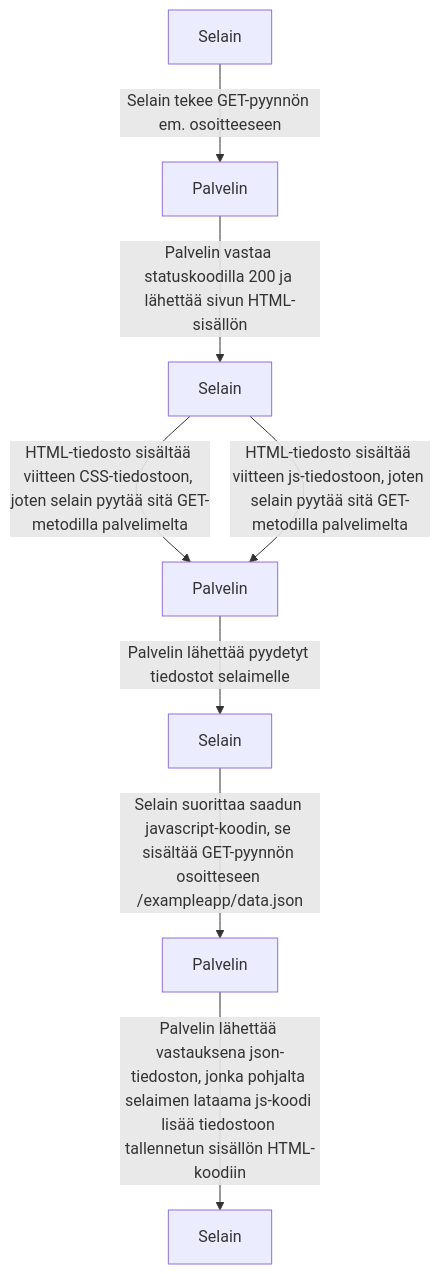
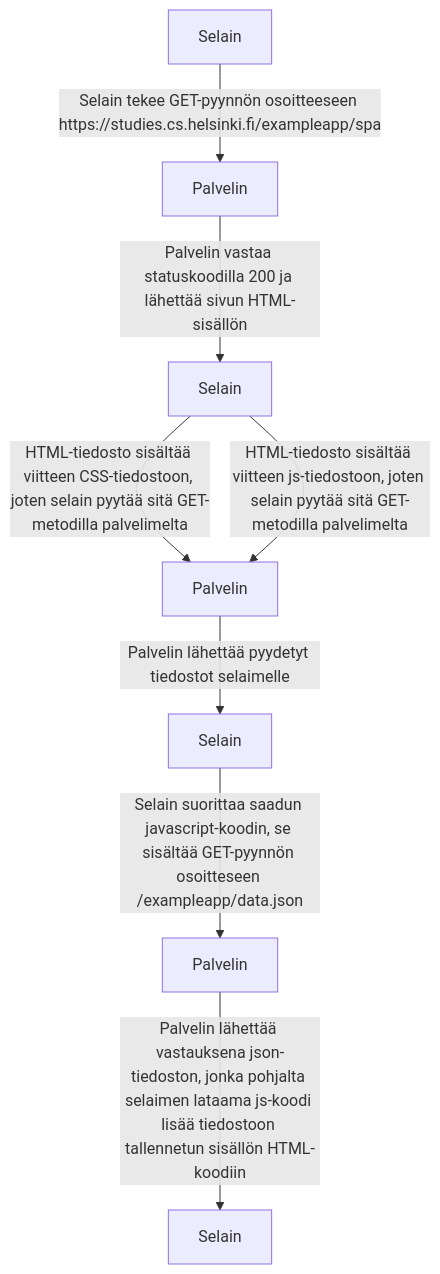
One commit to forsoll1/fullstack24 changed the second of 3 diagrams in osa0/kaaviot.md. Above: the diagram before and after it, drawn with Mermaid.

````diff
--- a/osa0/kaaviot.md
+++ b/osa0/kaaviot.md
@@ -16,10 +16,10 @@
 ```mermaid
 graph TD;
-    A[Selain]--> |Selain tekee GET-pyynnön em. osoitteeseen| B[Palvelin];
+    A[Selain]--> |Selain tekee GET-pyynnön osoitteeseen https://studies.cs.helsinki.fi/exampleapp/spa| B[Palvelin];
     B--> |Palvelin vastaa statuskoodilla 200 ja lähettää sivun HTML-sisällön| C[Selain];
     C--> |HTML-tiedosto sisältää viitteen CSS-tiedostoon, joten selain pyytää sitä GET-metodilla palvelimelta|D[Palvelin];
     C--> |HTML-tiedosto sisältää viitteen js-tiedostoon, joten selain pyytää sitä GET-metodilla palvelimelta|D;
     D--> |Palvelin lähettää pyydetyt tiedostot selaimelle|E[Selain];
     E--> |Selain suorittaa saadun javascript-koodin, se sisältää GET-pyynnön osoitteseen /exampleapp/data.json|F[Palvelin]
     F--> |Palvelin lähettää vastauksena json-tiedoston, jonka pohjalta selaimen lataama js-koodi \nlisää tiedostoon tallennetun sisällön HTML-koodiin|G[Selain]
 ```
````
